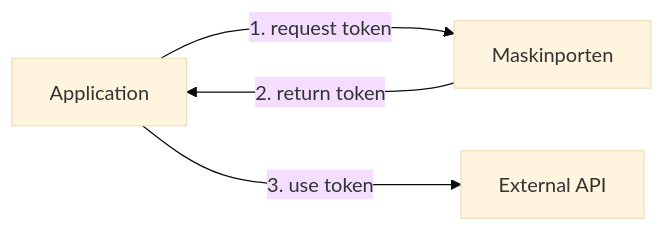
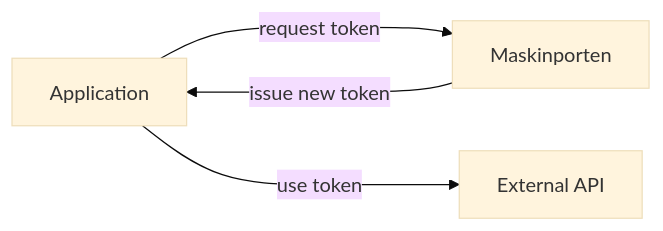
One commit to nais/doc changed the diagram in docs/auth/maskinporten/README.md. Above: the diagram before and after it, drawn with Mermaid (base theme). The commit also changed 3 other files, not shown here.

First line of the commit message:
auth: fix mermaid diagrams

````diff
--- a/docs/auth/maskinporten/README.md
+++ b/docs/auth/maskinporten/README.md
@@ -18,6 +18,6 @@
 ```mermaid
 graph LR
-  Consumer["Application"] --1. request token---> Maskinporten
-  Maskinporten --2. return token---> Consumer
-  Consumer --3. use token---> API["External API"]
+  Consumer["Application"] -- request token ---> Maskinporten
+  Maskinporten -- issue new token ---> Consumer
+  Consumer -- use token ---> API["External API"]
 ```
````
